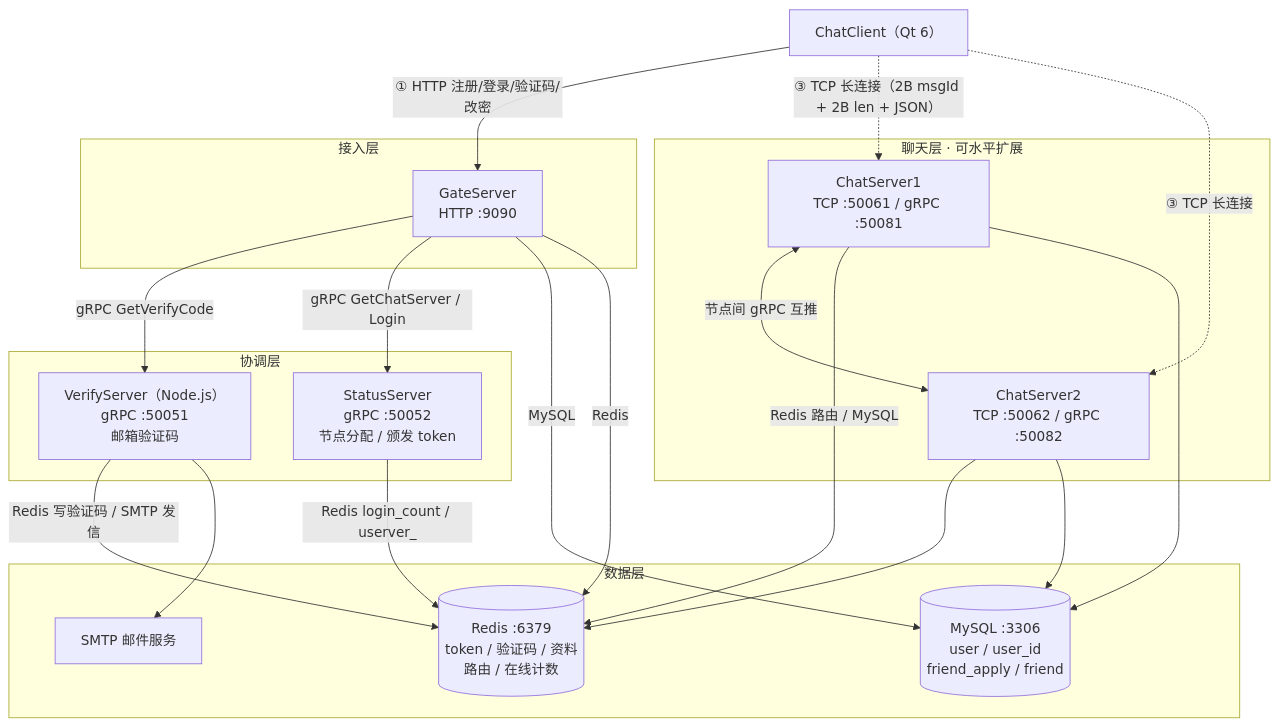
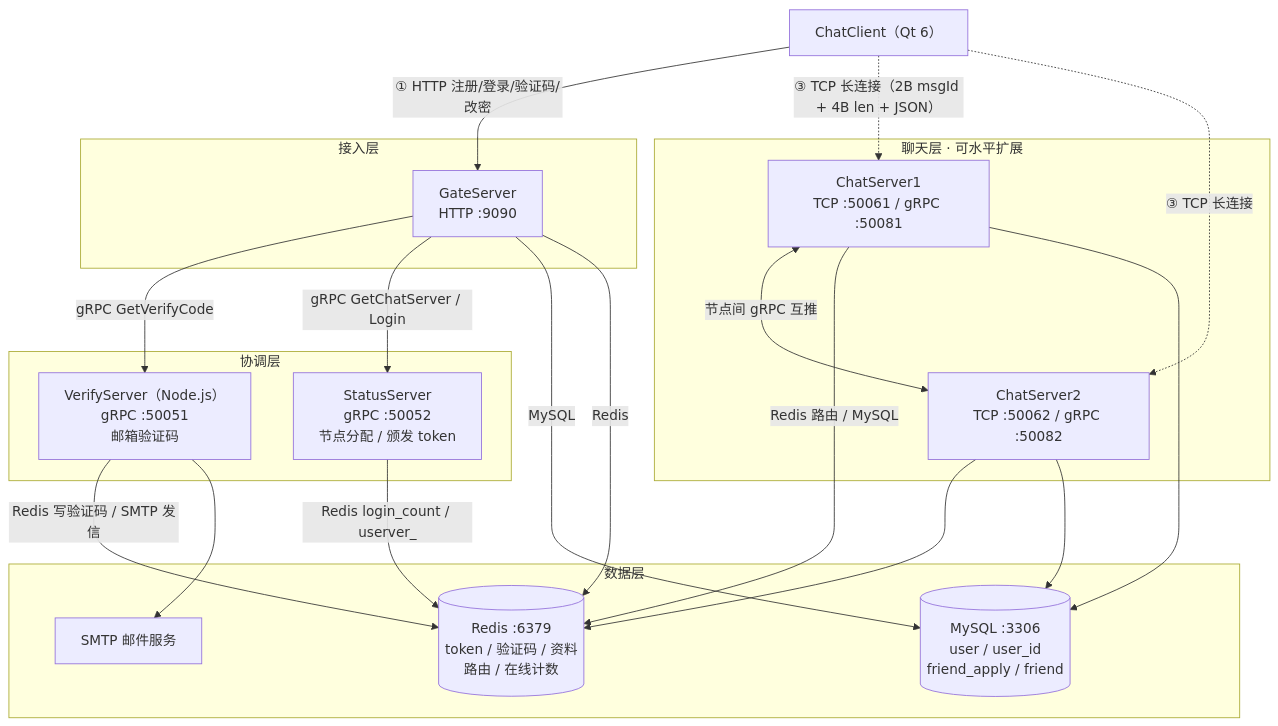
The first of 2 diagrams in README.md (codeT2001/MyChat), drawn with Mermaid before and after one commit. The commit also changed other lines of this file and 11 other files, not shown here.

````diff
--- a/README.md
+++ b/README.md
@@ -64,44 +64,44 @@
 ```mermaid
 graph TB
     Client["ChatClient（Qt 6）"]
 
     subgraph access["接入层"]
         Gate["GateServer<br/>HTTP :9090"]
     end
 
     subgraph coord["协调层"]
         Status["StatusServer<br/>gRPC :50052<br/>节点分配 / 颁发 token"]
         Verify["VerifyServer（Node.js）<br/>gRPC :50051<br/>邮箱验证码"]
     end
 
     subgraph chat["聊天层 · 可水平扩展"]
         Chat1["ChatServer1<br/>TCP :50061 / gRPC :50081"]
         Chat2["ChatServer2<br/>TCP :50062 / gRPC :50082"]
     end
 
     subgraph data["数据层"]
         Redis[("Redis :6379<br/>token / 验证码 / 资料<br/>路由 / 在线计数")]
         MySQL[("MySQL :3306<br/>user / user_id<br/>friend_apply / friend")]
         Mail["SMTP 邮件服务"]
     end
 
     Client -- "① HTTP 注册/登录/验证码/改密" --> Gate
-    Client -. "③ TCP 长连接（2B msgId + 2B len + JSON）" .-> Chat1
+    Client -. "③ TCP 长连接（2B msgId + 4B len + JSON）" .-> Chat1
     Client -. "③ TCP 长连接" .-> Chat2
 
     Gate -- "gRPC GetVerifyCode" --> Verify
     Gate -- "gRPC GetChatServer / Login" --> Status
     Gate -- "MySQL" --> MySQL
     Gate -- "Redis" --> Redis
 
     Verify -- "Redis 写验证码 / SMTP 发信" --> Redis
     Verify --> Mail
 
     Status -- "Redis login_count / userver_" --> Redis
 
     Chat1 <-- "节点间 gRPC 互推" --> Chat2
     Chat1 -- "Redis 路由 / MySQL" --> Redis
     Chat1 --> MySQL
     Chat2 --> Redis
     Chat2 --> MySQL
 ```
````
